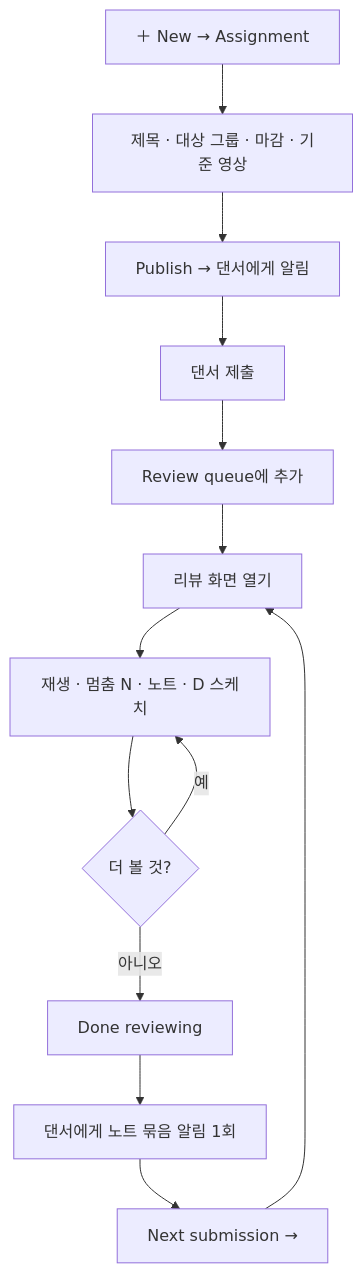
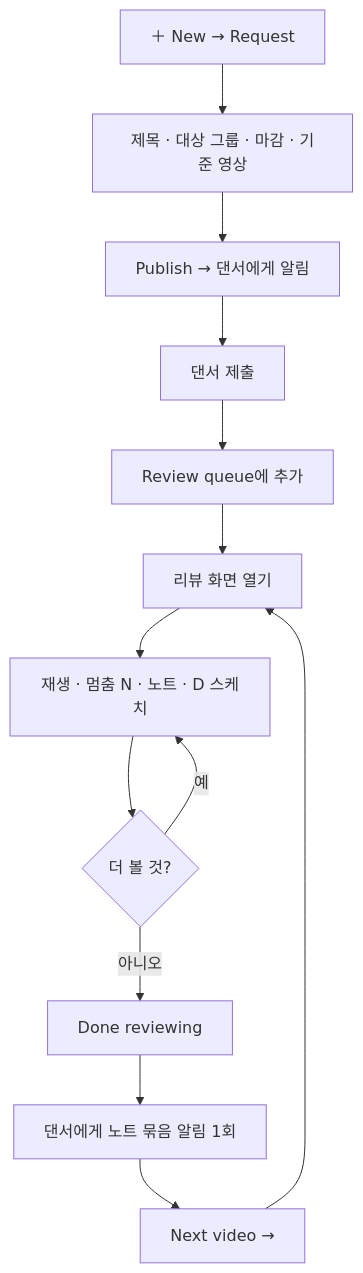
The third of 10 diagrams in docs/04-user-flows.md (hope13710/dancerly), drawn with Mermaid before and after one commit. The commit also changed other lines of this file and 11 other files, not shown here.

````diff
--- a/docs/04-user-flows.md
+++ b/docs/04-user-flows.md
@@ -82,15 +82,15 @@
 ```mermaid
 flowchart TD
-  A[＋ New → Assignment] --> B[제목 · 대상 그룹 · 마감 · 기준 영상]
+  A[＋ New → Request] --> B[제목 · 대상 그룹 · 마감 · 기준 영상]
   B --> C[Publish → 댄서에게 알림]
   C --> D[댄서 제출]
   D --> E[Review queue에 추가]
   E --> F[리뷰 화면 열기]
   F --> G[재생 · 멈춤 N · 노트 · D 스케치]
   G --> H{더 볼 것?}
   H -->|예| G
   H -->|아니오| I[Done reviewing]
   I --> J[댄서에게 노트 묶음 알림 1회]
-  J --> K[Next submission →]
+  J --> K[Next video →]
   K --> F
 ```
````
